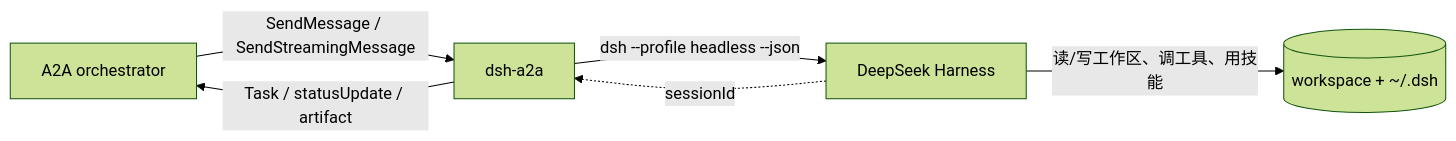
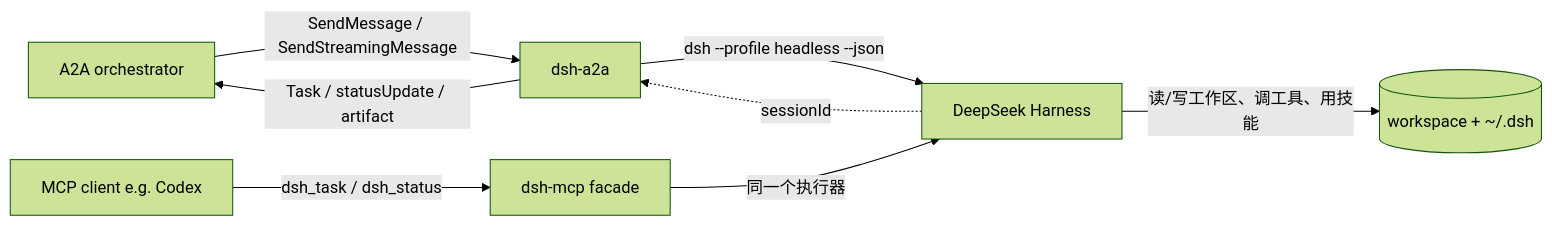
One commit to bodazi-na/codex-MCP-dsh changed the diagram in README.md. Above: the diagram before and after it, drawn with Mermaid (forest theme). The commit also changed other lines of this file and 6 other files, not shown here.

````diff
--- a/README.md
+++ b/README.md
@@ -11,8 +21,10 @@
 ```mermaid
 flowchart LR
   O[A2A orchestrator] -->|SendMessage / SendStreamingMessage| S[dsh-a2a]
+  C[MCP client e.g. Codex] -->|dsh_task / dsh_status| M[dsh-mcp facade]
   S -->|dsh --profile headless --json| D[DeepSeek Harness]
+  M -->|同一个执行器| D
   D -->|读/写工作区、调工具、用技能| W[(workspace + ~/.dsh)]
   D -.->|sessionId| S
   S -->|Task / statusUpdate / artifact| O
 ```
````
